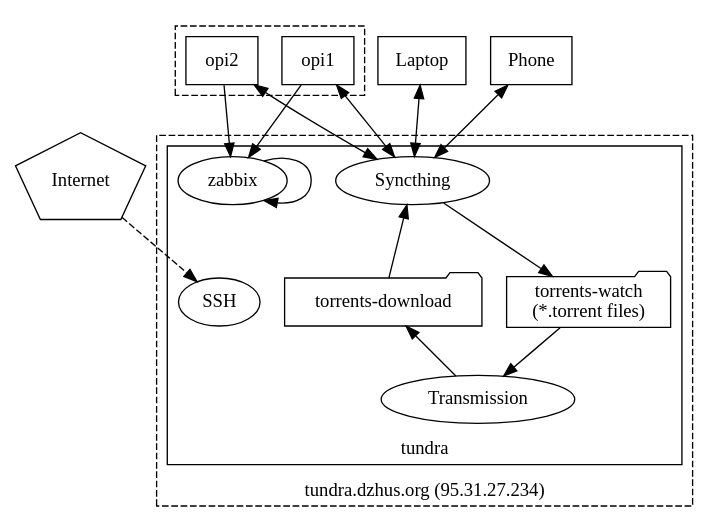
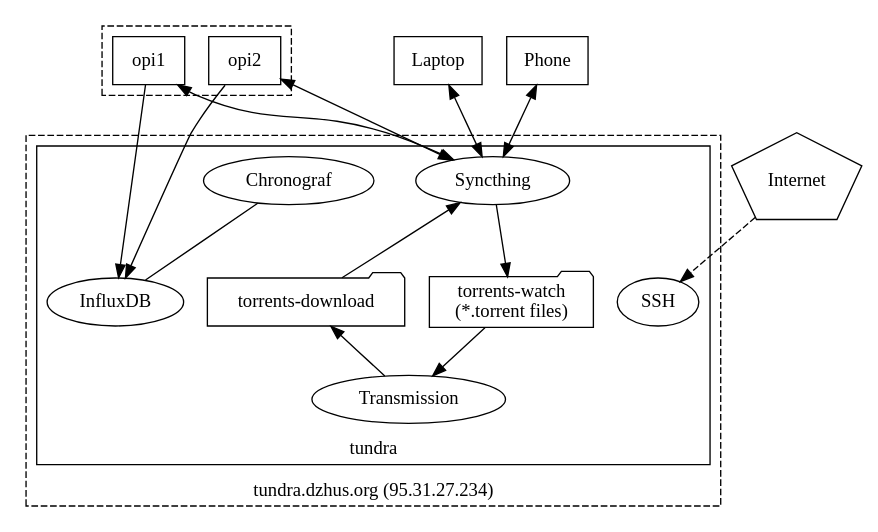
The diagram in docs/diagram.dot (dzhus/globalchypre), drawn with Graphviz before and after one commit. The commit also changed 8 other files, not shown here.

```diff
--- a/docs/diagram.dot
+++ b/docs/diagram.dot
@@ -1,47 +1,48 @@
 digraph G {
     subgraph cluster_moscow {
         style=dashed;
         label="tundra.dzhus.org (95.31.27.234)";
         labelloc = "b";
         subgraph cluster_tundra {
             style=solid;
             label ="tundra";
             labelloc="b";
-            zabbix;
+            InfluxDB;
             SSH;
             Syncthing;
             {
                 rank=same;
                 tw [label="torrents-watch\n(*.torrent files)", shape=folder];
                 td [label="torrents-download", shape=folder];
             }
             Transmission -> td;
             tw -> Transmission;
             Syncthing -> tw;
             td -> Syncthing;
+            Chronograf;
         }
     }
 
     Internet [shape=pentagon, height=1];
     Internet -> SSH [style=dashed];
 
     subgraph cluster_london {
         style=dashed;
         opi1 [shape=box];
         opi2 [shape=box];
     }
 
     Syncthing -> SSH [weight=2, style=invis];
-    opi1 -> zabbix;
-    opi2 -> zabbix;
-    zabbix -> zabbix;
+    opi1 -> InfluxDB;
+    opi2 -> InfluxDB;
+    Chronograf -> InfluxDB [dir=none];
 
     opi1 -> Syncthing [dir=both];
     opi2 -> Syncthing [dir=both];
 
     laptop [label="Laptop", shape=box];
     laptop -> Syncthing [dir=both];
 
     phone [label="Phone", shape=box];
     phone -> Syncthing [dir=both];
 }
```
